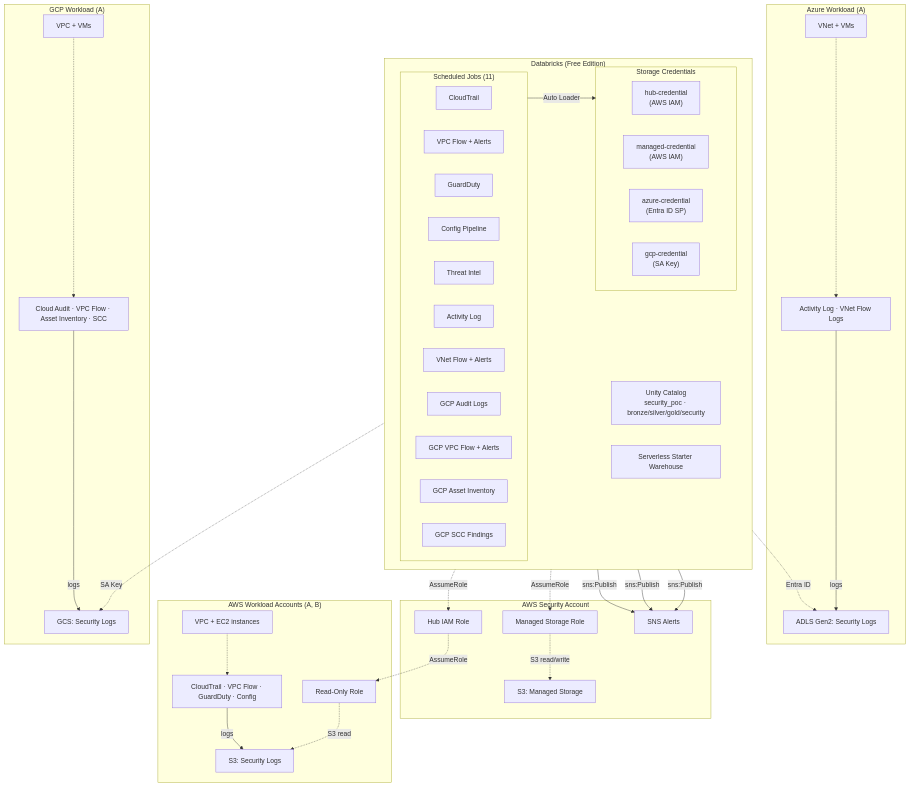
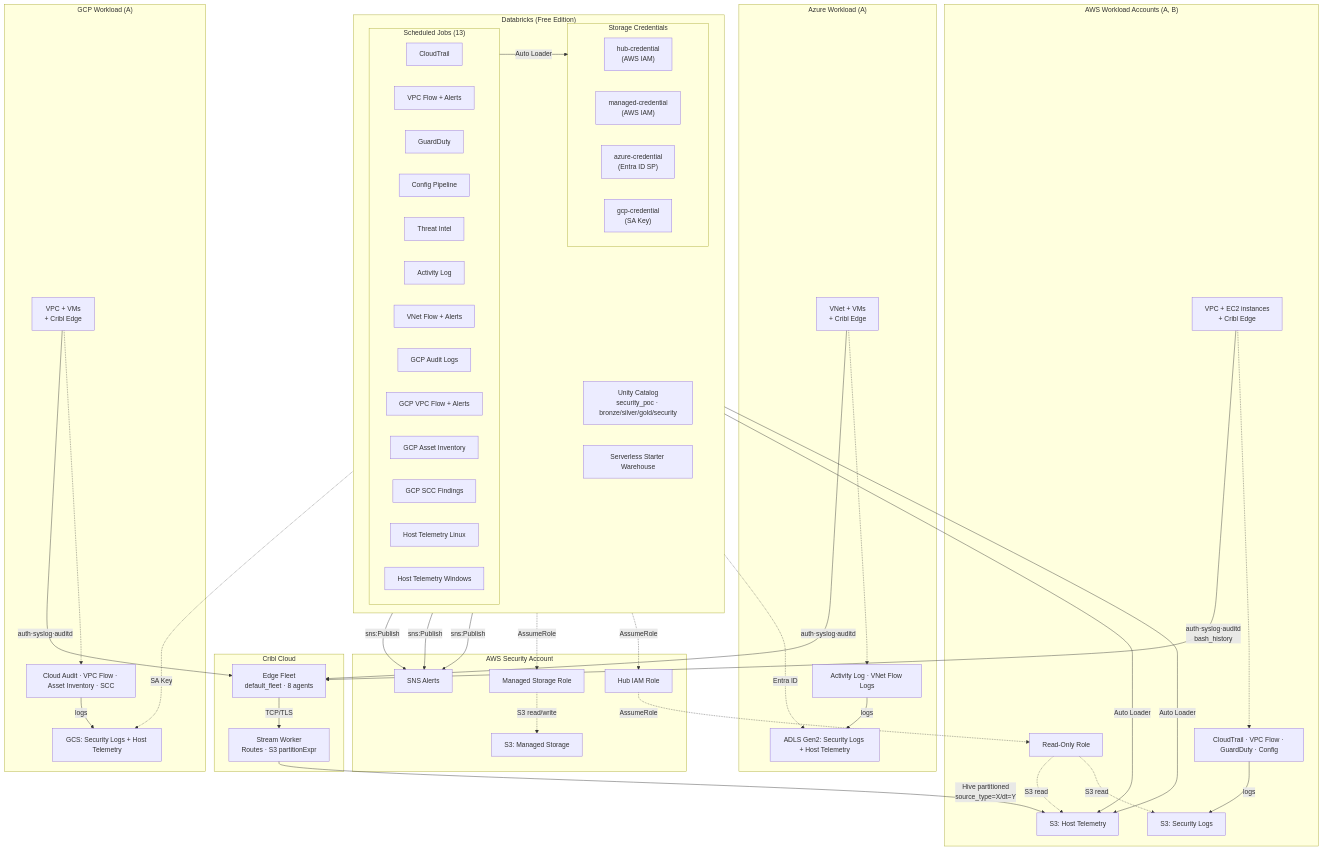
Before and after one commit to snk5125/security-data-platform: the diagram in README.md, drawn with Mermaid. The commit also changed other lines of this file and 21 other files, not shown here.

First line of the commit message:
feat: Cribl Edge host telemetry pipeline — source_type partitioning, file source fixes, notebook OCSF transforms, architecture docs

````diff
--- a/README.md
+++ b/README.md
@@ -26,59 +29,73 @@
 ```mermaid
 graph TB
     subgraph DBX ["Databricks (Free Edition)"]
         direction LR
         UC["Unity Catalog<br/>security_poc · bronze/silver/gold/security"]
         DW["Serverless Starter Warehouse"]
 
-        subgraph JOBS ["Scheduled Jobs (11)"]
+        subgraph JOBS ["Scheduled Jobs (13)"]
             J1["CloudTrail"] & J2["VPC Flow + Alerts"] & J3["GuardDuty"]
             J4["Config Pipeline"] & J5["Threat Intel"]
             J6["Activity Log"] & J7["VNet Flow + Alerts"]
             J8["GCP Audit Logs"] & J9["GCP VPC Flow + Alerts"]
             J10["GCP Asset Inventory"] & J11["GCP SCC Findings"]
+            J12["Host Telemetry Linux"] & J13["Host Telemetry Windows"]
         end
 
         subgraph CREDS ["Storage Credentials"]
             HC["hub-credential<br/>(AWS IAM)"]
             MC["managed-credential<br/>(AWS IAM)"]
             AZC["azure-credential<br/>(Entra ID SP)"]
             GCPCRED["gcp-credential<br/>(SA Key)"]
         end
     end
 
+    subgraph CRIBL ["Cribl Cloud"]
+        STREAM["Stream Worker<br/>Routes · S3 partitionExpr"]
+        FLEET["Edge Fleet<br/>default_fleet · 8 agents"]
+    end
+
     subgraph SEC ["AWS Security Account"]
         HUB["Hub IAM Role"] & MSR["Managed Storage Role"]
         S3M["S3: Managed Storage"] & SNS["SNS Alerts"]
     end
 
     subgraph WK ["AWS Workload Accounts (A, B)"]
-        EC2["VPC + EC2 instances"]
+        EC2["VPC + EC2 instances<br/>+ Cribl Edge"]
         DS_AWS["CloudTrail · VPC Flow · GuardDuty · Config"]
-        S3W["S3: Security Logs"] & RO["Read-Only Role"]
+        S3W["S3: Security Logs"]
+        S3HT["S3: Host Telemetry"]
+        RO["Read-Only Role"]
     end
 
     subgraph AZ ["Azure Workload (A)"]
-        VMS["VNet + VMs"]
+        VMS["VNet + VMs<br/>+ Cribl Edge"]
         DS_AZ["Activity Log · VNet Flow Logs"]
-        ADLS["ADLS Gen2: Security Logs"]
+        ADLS["ADLS Gen2: Security Logs + Host Telemetry"]
     end
 
     subgraph GCP ["GCP Workload (A)"]
-        GCPVMS["VPC + VMs"]
+        GCPVMS["VPC + VMs<br/>+ Cribl Edge"]
         DS_GCP["Cloud Audit · VPC Flow · Asset Inventory · SCC"]
-        GCS["GCS: Security Logs"]
+        GCS["GCS: Security Logs + Host Telemetry"]
     end
 
     HC -.->|"AssumeRole"| HUB
     MC -.->|"AssumeRole"| MSR
     HUB -.->|"AssumeRole"| RO
-    RO -.->|"S3 read"| S3W
+    RO -.->|"S3 read"| S3W & S3HT
     MSR -.->|"S3 read/write"| S3M
     AZC -.->|"Entra ID"| ADLS
     GCPCRED -.->|"SA Key"| GCS
     EC2 -.-> DS_AWS -->|"logs"| S3W
     VMS -.-> DS_AZ -->|"logs"| ADLS
     GCPVMS -.-> DS_GCP -->|"logs"| GCS
+    EC2 -->|"auth·syslog·auditd<br/>bash_history"| FLEET
+    VMS -->|"auth·syslog·auditd"| FLEET
+    GCPVMS -->|"auth·syslog·auditd"| FLEET
+    FLEET -->|"TCP/TLS"| STREAM
+    STREAM -->|"Hive partitioned<br/>source_type=X/dt=Y"| S3HT
     J2 & J7 & J9 -->|"sns:Publish"| SNS
     JOBS -->|"Auto Loader"| CREDS
+    J12 & J13 -->|"Auto Loader"| S3HT
 ```
````
